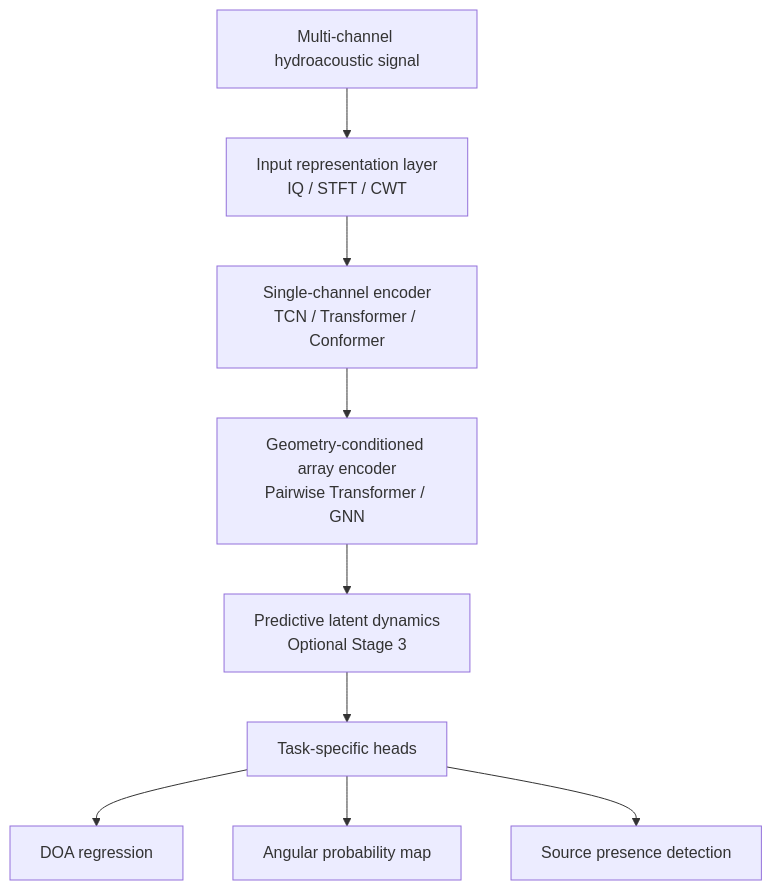
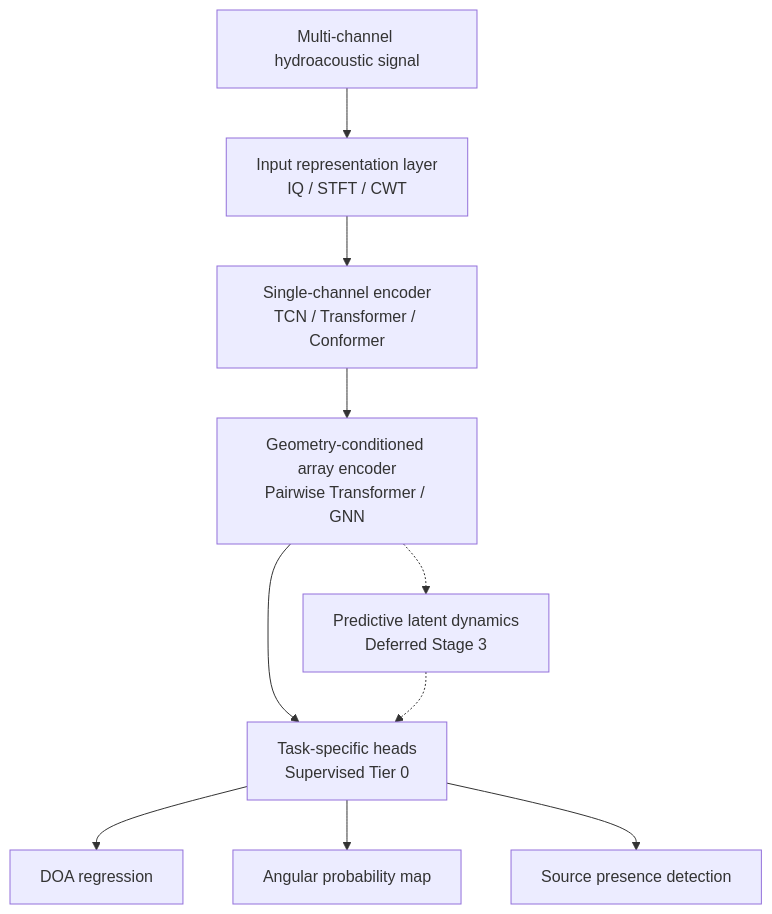
The first of 2 diagrams in docs/research/framework/overview.md (NikitaS2001/hydroacoustic-doa), drawn with Mermaid before and after one commit. The commit also changed other lines of this file and 4 other files, not shown here.

````diff
--- a/docs/research/framework/overview.md
+++ b/docs/research/framework/overview.md
@@ -37,11 +39,12 @@
 ```mermaid
 graph TD
     A[Multi-channel hydroacoustic signal] --> B[Input representation layer<br/>IQ / STFT / CWT]
     B --> C[Single-channel encoder<br/>TCN / Transformer / Conformer]
     C --> D[Geometry-conditioned array encoder<br/>Pairwise Transformer / GNN]
-    D --> E[Predictive latent dynamics<br/>Optional Stage 3]
-    E --> F[Task-specific heads]
+    D --> F[Task-specific heads<br/>Supervised Tier 0]
+    D -.-> E[Predictive latent dynamics<br/>Deferred Stage 3]
+    E -.-> F
     F --> G[DOA regression]
     F --> H[Angular probability map]
     F --> I[Source presence detection]
 ```
````
